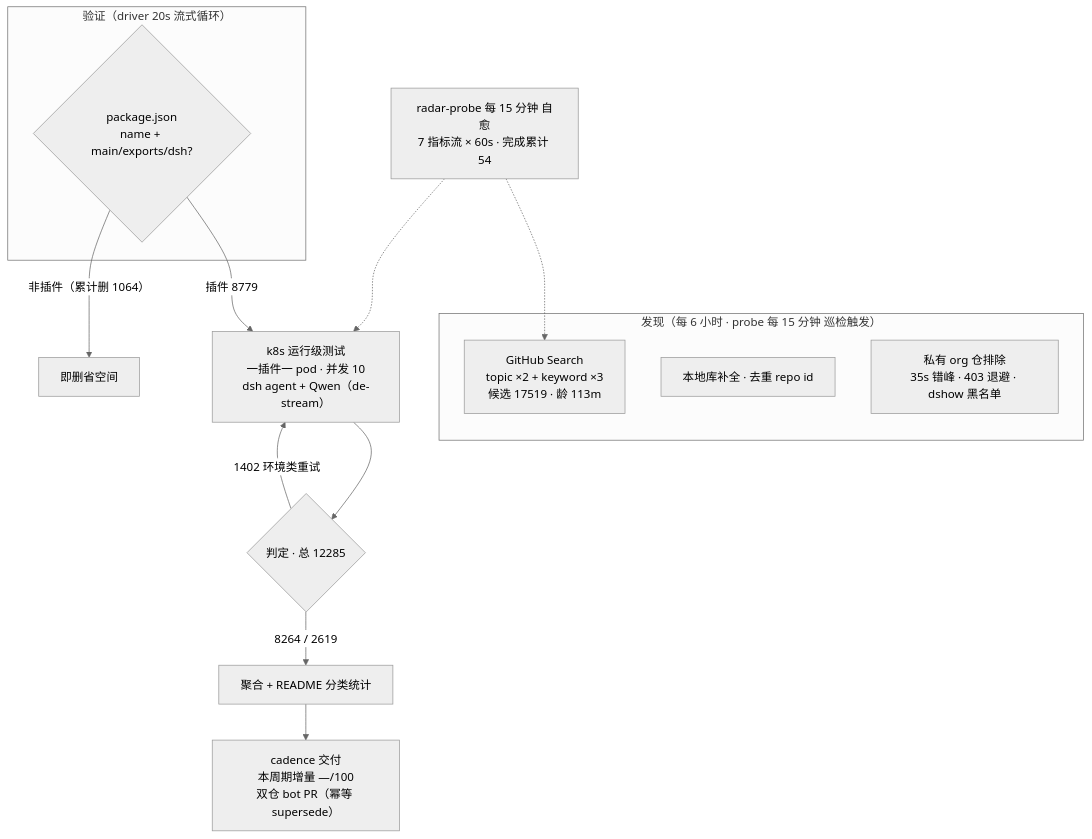
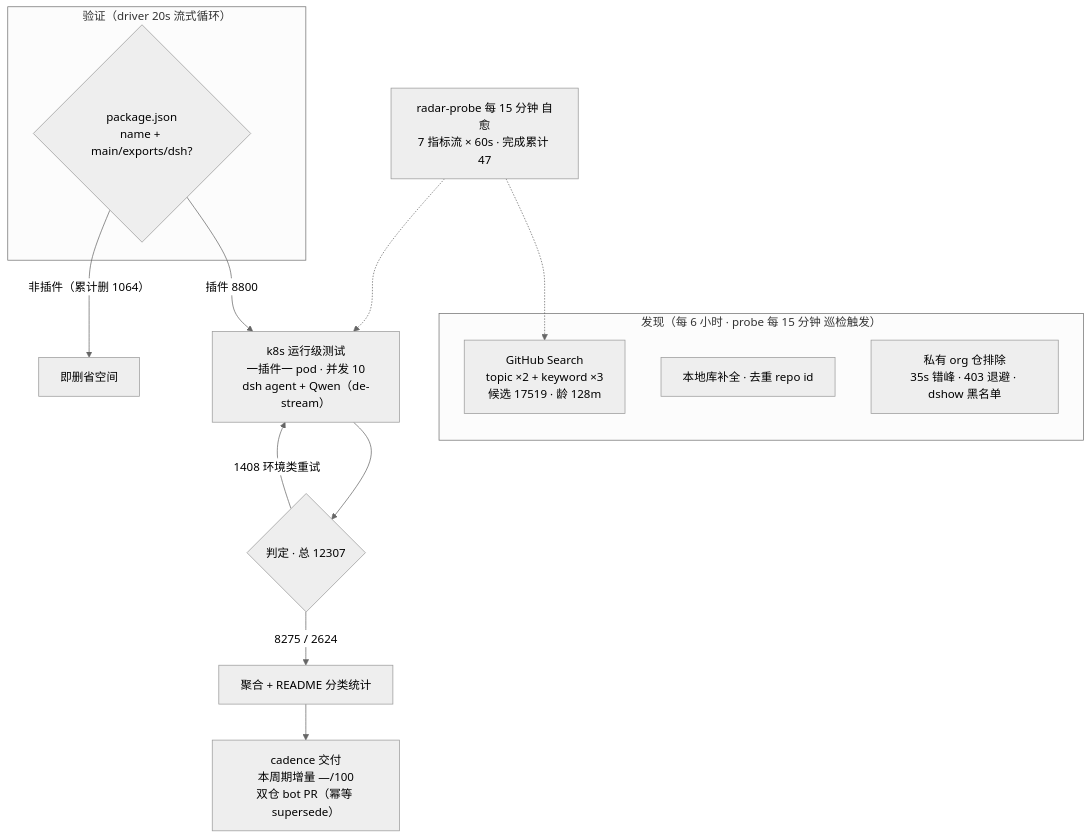
One commit to Zhidao-Lab-OSS/awesome-dsh-plugins changed the diagram in README.md. Above: the diagram before and after it, drawn with Mermaid (neutral theme). The commit also changed other lines of this file and 1 other file, not shown here.

````diff
--- a/README.md
+++ b/README.md
@@ -52,20 +52,20 @@
 ```mermaid
 flowchart TB
     subgraph Discovery["发现（每 6 小时 · probe 每 15 分钟 巡检触发）"]
-        A1["GitHub Search<br/>topic ×2 + keyword ×3<br/>候选 17519 · 龄 113m"]
+        A1["GitHub Search<br/>topic ×2 + keyword ×3<br/>候选 17519 · 龄 128m"]
         A2["本地库补全 · 去重 repo id"]
         A3["私有 org 仓排除<br/>35s 错峰 · 403 退避 · dshow 黑名单"]
     end
     subgraph Validation["验证（driver 20s 流式循环）"]
         B1{"package.json<br/>name + main/exports/dsh?"}
     end
-    B1 -->|"插件 8779"| C1["k8s 运行级测试<br/>一插件一 pod · 并发 10<br/>dsh agent + Qwen（de-stream）"]
+    B1 -->|"插件 8800"| C1["k8s 运行级测试<br/>一插件一 pod · 并发 10<br/>dsh agent + Qwen（de-stream）"]
     B1 -->|"非插件（累计删 1064）"| B3["即删省空间"]
-    C1 --> D1{"判定 · 总 12285"}
-    D1 -->|"8264 / 2619"| E1["聚合 + README 分类统计"]
-    D1 -->|"1402 环境类重试"| C1
+    C1 --> D1{"判定 · 总 12307"}
+    D1 -->|"8275 / 2624"| E1["聚合 + README 分类统计"]
+    D1 -->|"1408 环境类重试"| C1
     E1 --> E2["cadence 交付<br/>本周期增量 —/100<br/>双仓 bot PR（幂等 supersede）"]
-    M["radar-probe 每 15 分钟 自愈<br/>7 指标流 × 60s · 完成累计 54"]
+    M["radar-probe 每 15 分钟 自愈<br/>7 指标流 × 60s · 完成累计 47"]
     M -.-> A1
     M -.-> C1
 ```
````
